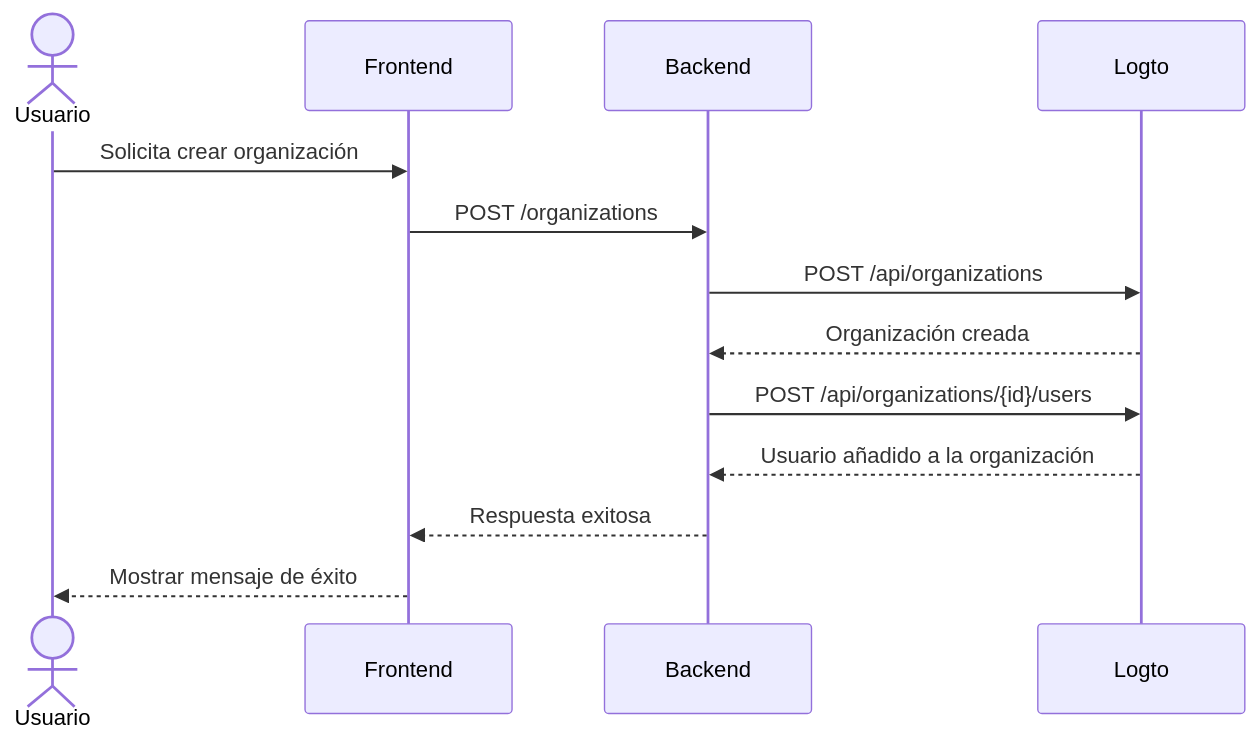
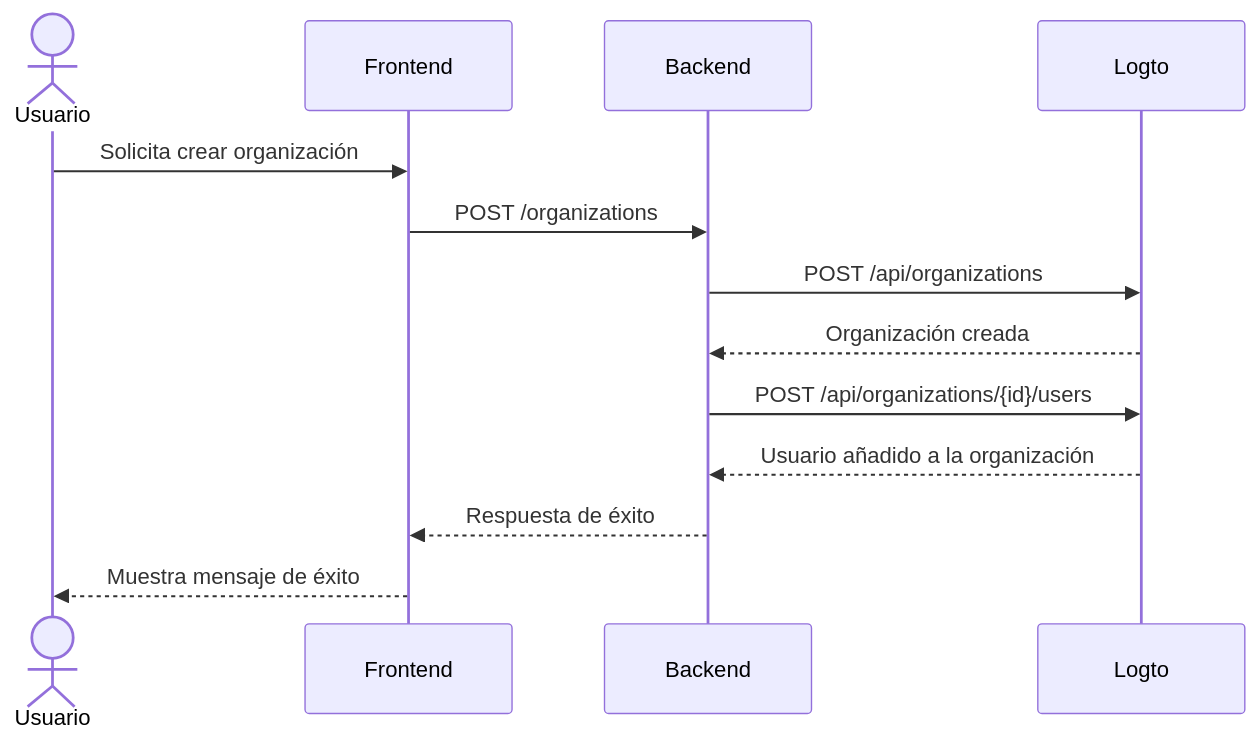
Before and after one commit to logto-io/docs: the seventh of 7 diagrams in i18n/es/docusaurus-plugin-content-docs/current/use-cases/multi-tenancy/build-multi-tenant-saas-application.mdx, drawn with Mermaid. The commit also changed other lines of this file and 666 other files, not shown here.

````diff
--- a/i18n/es/docusaurus-plugin-content-docs/current/use-cases/multi-tenancy/build-multi-tenant-saas-application.mdx
+++ b/i18n/es/docusaurus-plugin-content-docs/current/use-cases/multi-tenancy/build-multi-tenant-saas-application.mdx
@@ -572,16 +572,16 @@
 ```mermaid
 sequenceDiagram
   actor A as Usuario
   participant B as Frontend
   participant C as Backend
   participant D as Logto
 
   A->>B: Solicita crear organización
   B->>C: POST /organizations
   C->>D: POST /api/organizations
   D-->>C: Organización creada
   C->>D: POST /api/organizations/{id}/users
   D-->>C: Usuario añadido a la organización
-  C-->>B: Respuesta exitosa
-  B-->>A: Mostrar mensaje de éxito
+  C-->>B: Respuesta de éxito
+  B-->>A: Muestra mensaje de éxito
 ```
````
